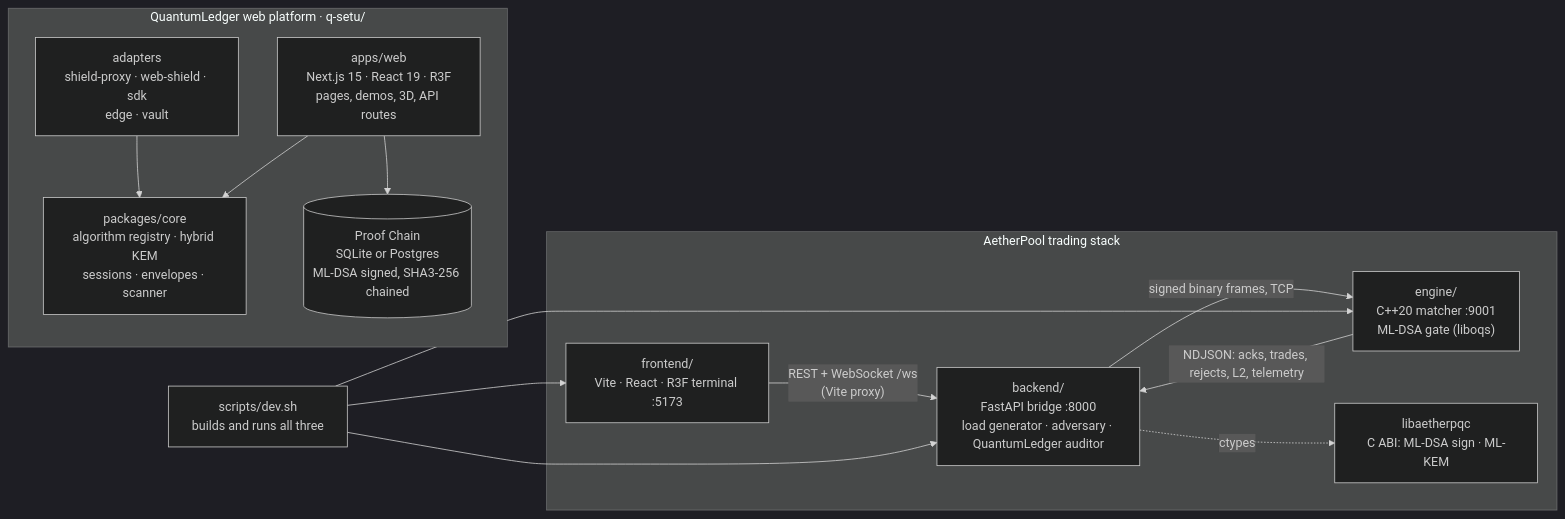
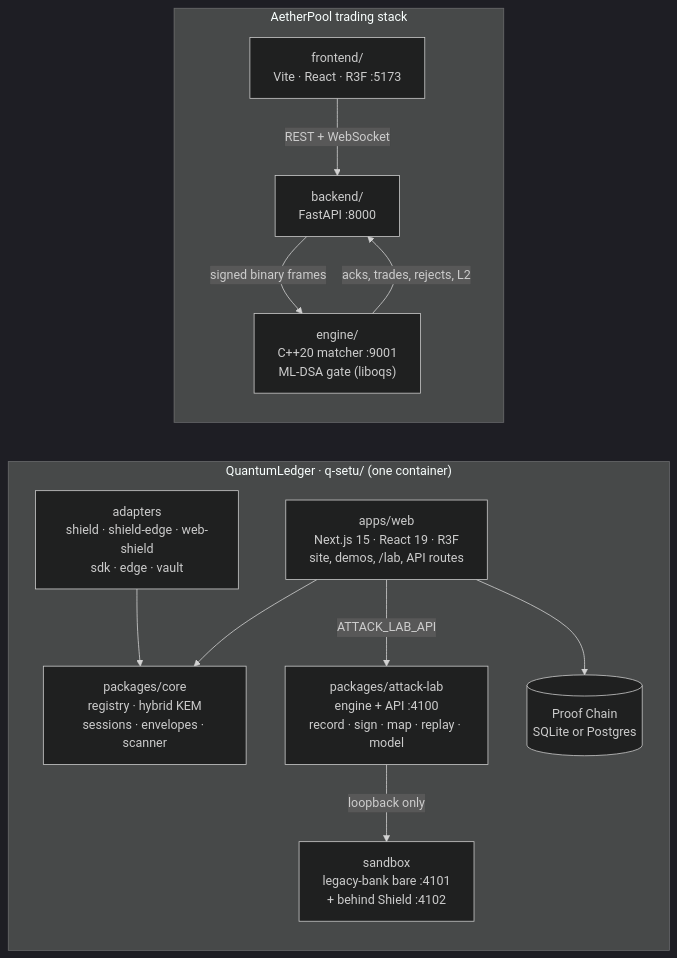
Before and after one commit to Yojan-ui/quantumledger: the diagram in README.md, drawn with Mermaid (dark theme). The commit also changed other lines of this file and 1 other file, not shown here.

````diff
--- a/README.md
+++ b/README.md
@@ -74,25 +93,25 @@
 ```mermaid
 flowchart LR
-  subgraph WEB["QuantumLedger web platform · q-setu/"]
-    UI["apps/web<br/>Next.js 15 · React 19 · R3F<br/>pages, demos, 3D, API routes"]
-    CORE["packages/core<br/>algorithm registry · hybrid KEM<br/>sessions · envelopes · scanner"]
-    AD["adapters<br/>shield-proxy · web-shield · sdk<br/>edge · vault"]
-    DB[("Proof Chain<br/>SQLite or Postgres<br/>ML-DSA signed, SHA3-256 chained")]
+  subgraph WEB["QuantumLedger · q-setu/ (one container)"]
+    UI["apps/web<br/>Next.js 15 · React 19 · R3F<br/>site, demos, /lab, API routes"]
+    LAB["packages/attack-lab<br/>engine + API :4100<br/>record · sign · map · replay · model"]
+    SB["sandbox<br/>legacy-bank bare :4101<br/>+ behind Shield :4102"]
+    CORE["packages/core<br/>registry · hybrid KEM<br/>sessions · envelopes · scanner"]
+    AD["adapters<br/>shield · shield-edge · web-shield<br/>sdk · edge · vault"]
+    DB[("Proof Chain<br/>SQLite or Postgres")]
     UI --> CORE
+    UI -- "ATTACK_LAB_API" --> LAB
+    LAB -- "loopback only" --> SB
     AD --> CORE
     UI --> DB
   end
 
   subgraph AP["AetherPool trading stack"]
-    FE["frontend/<br/>Vite · React · R3F terminal :5173"]
-    BE["backend/<br/>FastAPI bridge :8000<br/>load generator · adversary · QuantumLedger auditor"]
+    FE["frontend/<br/>Vite · React · R3F :5173"]
+    BE["backend/<br/>FastAPI :8000"]
     EN["engine/<br/>C++20 matcher :9001<br/>ML-DSA gate (liboqs)"]
-    LIB["libaetherpqc<br/>C ABI: ML-DSA sign · ML-KEM"]
-    FE -- "REST + WebSocket /ws<br/>(Vite proxy)" --> BE
-    BE -- "signed binary frames, TCP" --> EN
-    EN -- "NDJSON: acks, trades, rejects, L2, telemetry" --> BE
-    BE -. "ctypes" .-> LIB
+    FE -- "REST + WebSocket" --> BE
+    BE -- "signed binary frames" --> EN
+    EN -- "acks, trades, rejects, L2" --> BE
   end
-
-  SCRIPTS["scripts/dev.sh<br/>builds and runs all three"] --> EN & BE & FE
 ```
````
